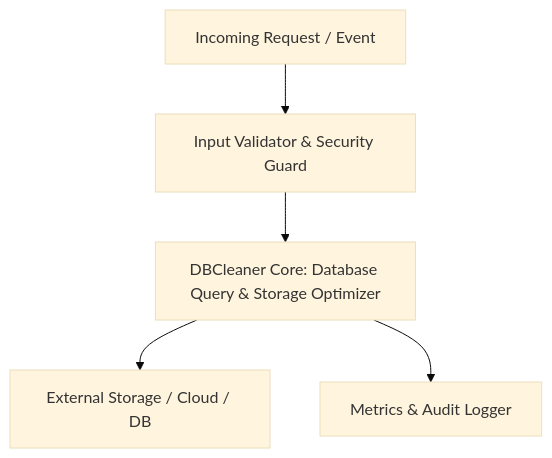
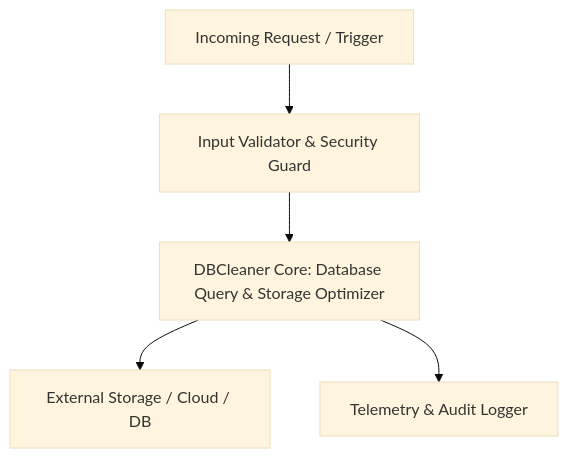
One commit to smit-backend/press-db-purger changed the diagram in README.md. Above: the diagram before and after it, drawn with Mermaid (base theme). The commit also changed other lines of this file, not shown here.

Commit message:
docs(readme): add detailed architectural flowchart, usage examples, and badges

````diff
--- a/README.md
+++ b/README.md
@@ -23,7 +23,7 @@
 ```mermaid
 graph TD
-    Client[Incoming Request / Event] --> Gate[Input Validator & Security Guard]
+    Client[Incoming Request / Trigger] --> Gate[Input Validator & Security Guard]
     Gate --> CoreEngine[DBCleaner Core: Database Query & Storage Optimizer]
     CoreEngine --> Adapter[External Storage / Cloud / DB]
-    CoreEngine --> Observer[Metrics & Audit Logger]
+    CoreEngine --> Observer[Telemetry & Audit Logger]
 ```
````
